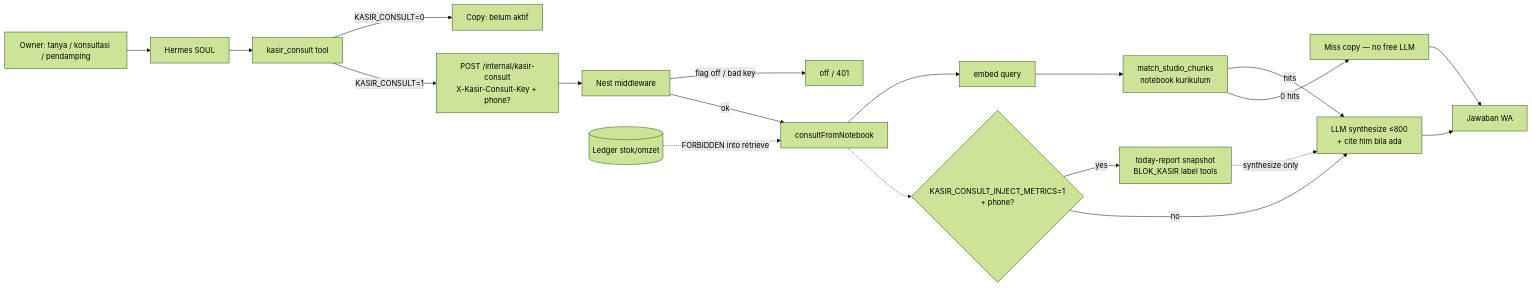
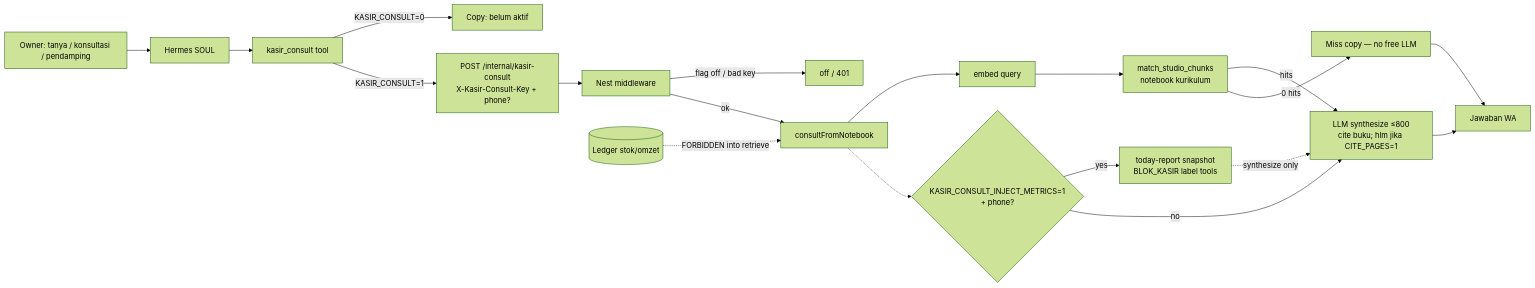
One commit to nusantarasoft/juragan-aibuilder-cup changed the diagram in diagrams/aistudio/umkm-wa/system/L9-kasir-consult.mmd. Above: the diagram before and after it, drawn with Mermaid (forest theme). The commit also changed 10 other files, not shown here.

First line of the commit message:
docs(kasir): sync soft-GA consult posture — cites off, multimodal on

```diff
--- a/diagrams/aistudio/umkm-wa/system/L9-kasir-consult.mmd
+++ b/diagrams/aistudio/umkm-wa/system/L9-kasir-consult.mmd
@@ -1,25 +1,25 @@
 %% System L9: kurikulum consult hop (eng / ops)
 %% Hermes kasir_consult → Nest double-gate → Studio RAG notebook → WA copy
-%% Cite: hlm from chunk "-- N of M --". Optional metrics: KASIR_CONSULT_INJECT_METRICS.
+%% Optional: KASIR_CONSULT_CITE_PAGES / KASIR_CONSULT_INJECT_METRICS (default off)
 flowchart LR
   O[Owner: tanya / konsultasi / pendamping] --> H[Hermes SOUL]
   H --> T[kasir_consult tool]
   T -->|KASIR_CONSULT=0| Off[Copy: belum aktif]
   T -->|KASIR_CONSULT=1| HTTP[POST /internal/kasir-consult<br/>X-Kasir-Consult-Key + phone?]
   HTTP --> N[Nest middleware]
   N -->|flag off / bad key| Off2[off / 401]
   N -->|ok| Rag[consultFromNotebook]
   Rag --> Emb[embed query]
   Emb --> Match[match_studio_chunks<br/>notebook kurikulum]
-  Match -->|hits| Syn[LLM synthesize ≤800<br/>+ cite hlm bila ada]
+  Match -->|hits| Syn[LLM synthesize ≤800<br/>cite buku; hlm jika CITE_PAGES=1]
   Match -->|0 hits| Miss[Miss copy — no free LLM]
   Syn --> WA[Jawaban WA]
   Miss --> WA
 
   Inj{KASIR_CONSULT_INJECT_METRICS=1<br/>+ phone?}
   Rag -.-> Inj
   Inj -->|yes| Snap[today-report snapshot<br/>BLOK_KASIR label tools]
   Snap -.->|synthesize only| Syn
   Inj -->|no| Syn
 
   DB[(Ledger stok/omzet)] -.->|FORBIDDEN into retrieve| Rag
```
